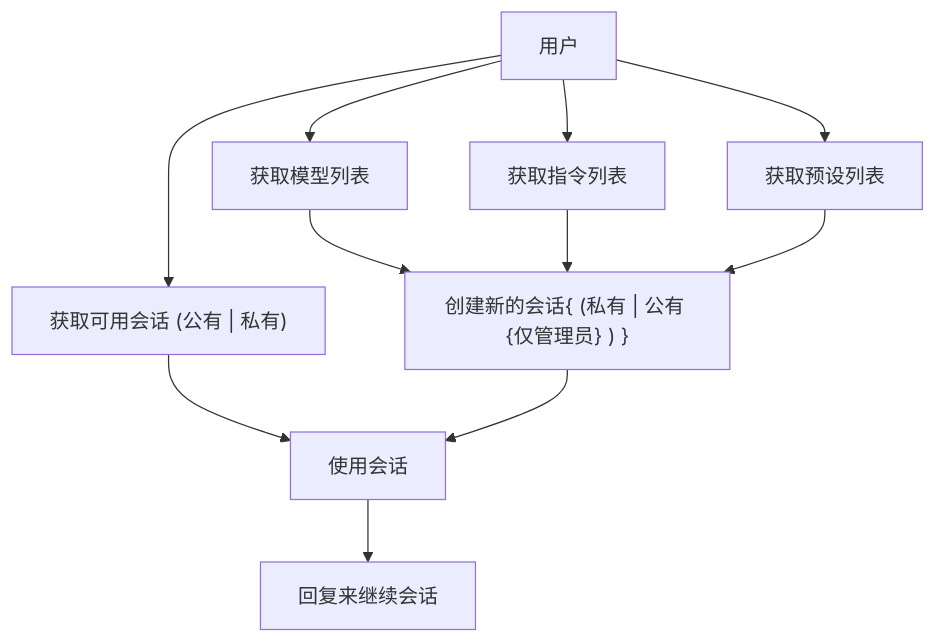
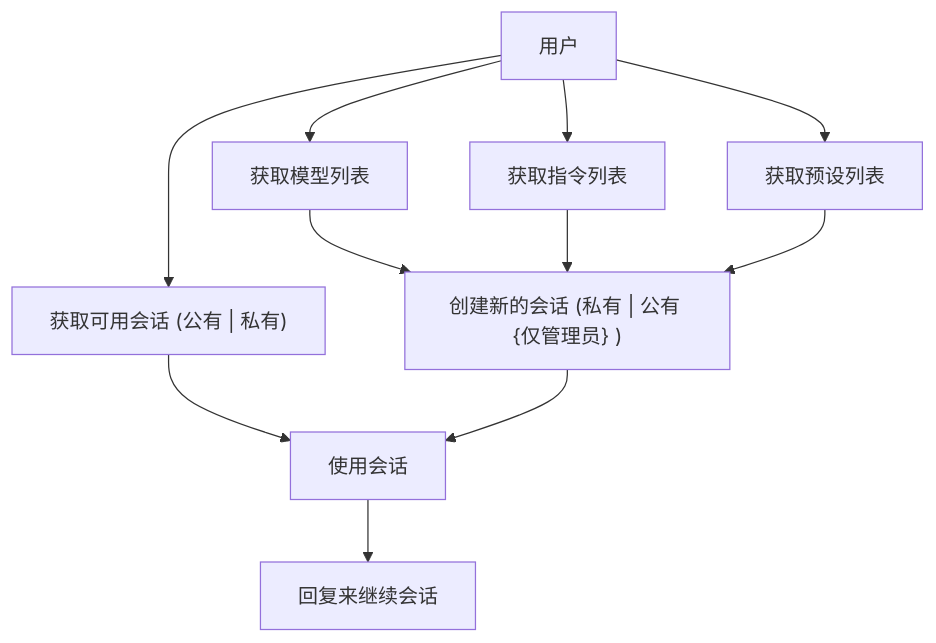
The second of 2 diagrams in content/post/spark-gpt/index.md (canxin121/canxin121.github.io), drawn with Mermaid before and after one commit. The commit also changed other lines of this file and 2 other files, not shown here.

````diff
--- a/content/post/spark-gpt/index.md
+++ b/content/post/spark-gpt/index.md
@@ -112,21 +113,21 @@
 ```mermaid
     graph TD
         CU["用户"]
         ML["获取模型列表"]
         PL["获取预设列表"]
         CmdL["获取指令列表"]
         CL["获取可用会话 (公有 | 私有)"]
-        CAprivate["创建新的会话{ (私有 | 公有 {仅管理员} ) }"]
+        CAprivate["创建新的会话 (私有 | 公有 {仅管理员} ) "]
         CC["使用会话"]
         CPC["回复来继续会话"]
         CU --> CL
         CU --> ML
         CU --> CmdL
         CU --> PL
         ML --> CAprivate
         CmdL --> CAprivate
         PL --> CAprivate
         CL --> CC
         CAprivate --> CC
         CC --> CPC
 ```
````
